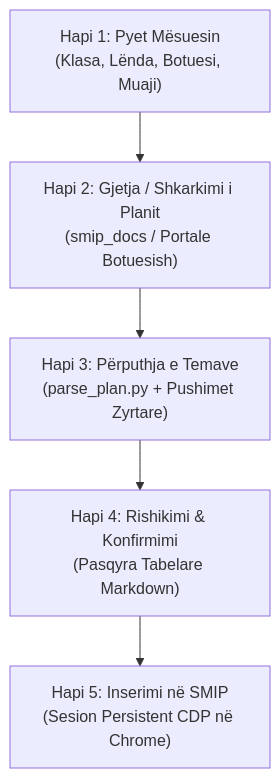
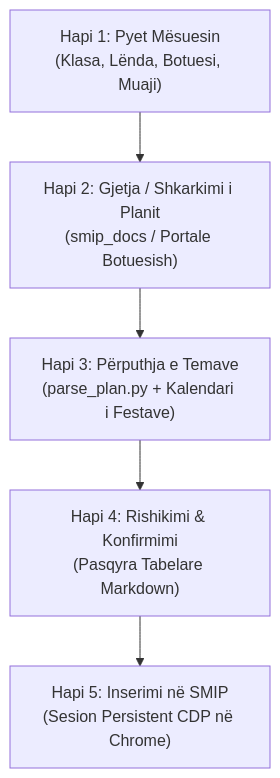
The first of 2 diagrams in .agents/skills/smip/SKILL.md (adalenv/smip-skill), drawn with Mermaid before and after one commit. The commit also changed other lines of this file and 15 other files, not shown here.

````diff
--- a/.agents/skills/smip/SKILL.md
+++ b/.agents/skills/smip/SKILL.md
@@ -22,7 +24,7 @@
 ```mermaid
 flowchart TD
     A["Hapi 1: Pyet Mësuesin<br/>(Klasa, Lënda, Botuesi, Muaji)"] --> B["Hapi 2: Gjetja / Shkarkimi i Planit<br/>(smip_docs / Portale Botuesish)"]
-    B --> C["Hapi 3: Përputhja e Temave<br/>(parse_plan.py + Pushimet Zyrtare)"]
+    B --> C["Hapi 3: Përputhja e Temave<br/>(parse_plan.py + Kalendari i Festave)"]
     C --> D["Hapi 4: Rishikimi & Konfirmimi<br/>(Pasqyra Tabelare Markdown)"]
     D --> E["Hapi 5: Inserimi në SMIP<br/>(Sesion Persistent CDP në Chrome)"]
 ```
````
